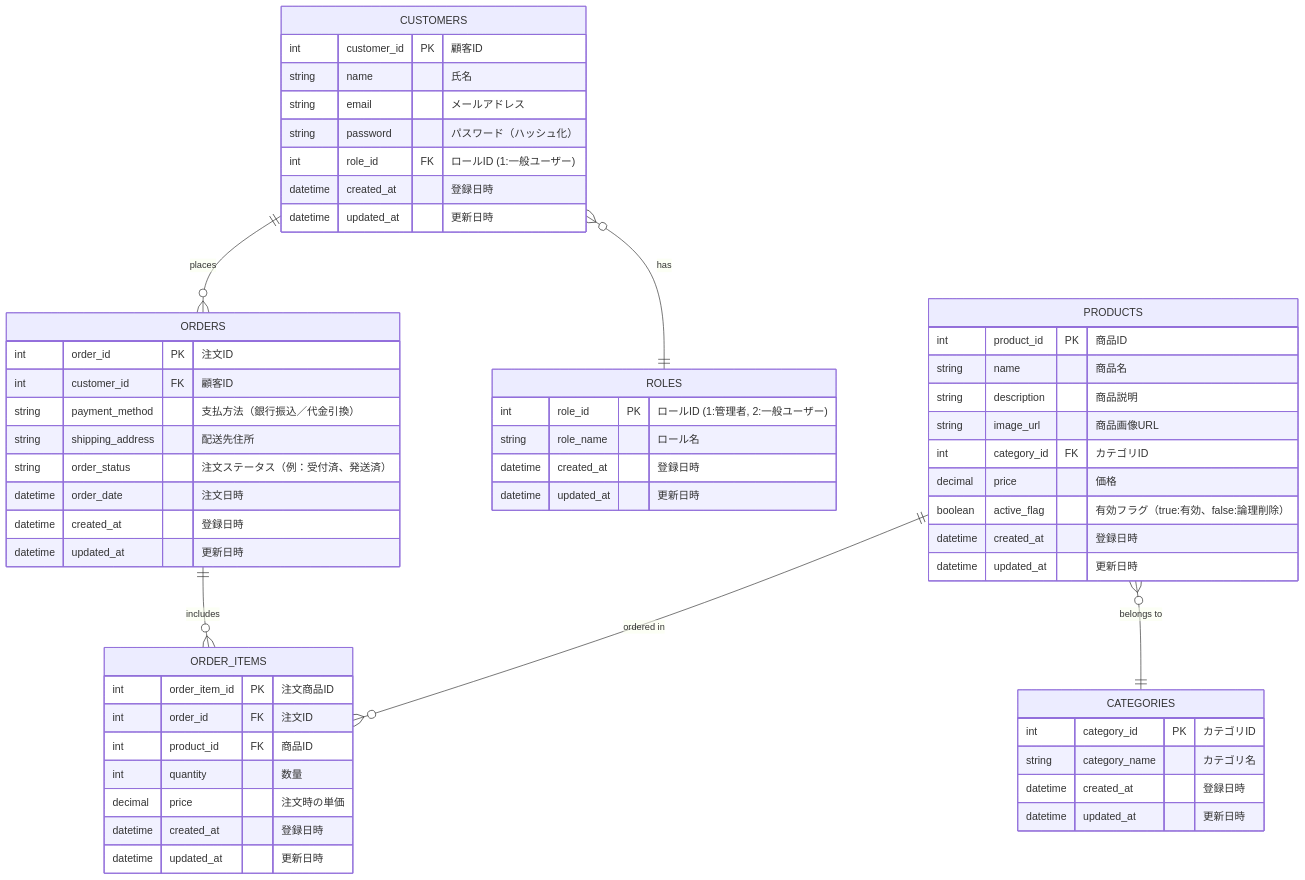
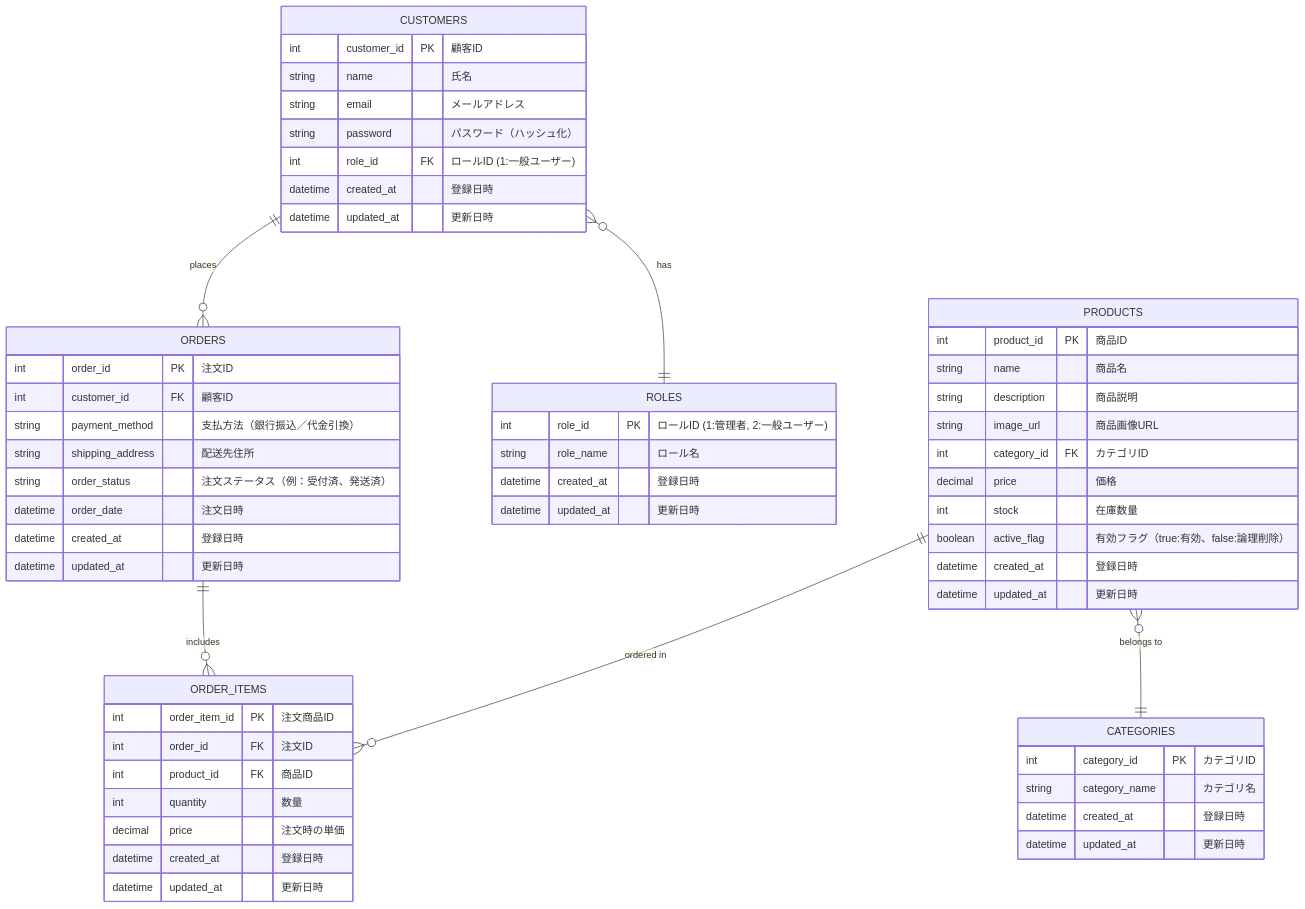
One commit to Rikumt12/Popcorn changed the sixth of 6 diagrams in 基本設計書/基本設計書.md. Above: the diagram before and after it, drawn with Mermaid.

Commit message:
山下

````diff
--- a/基本設計書/基本設計書.md
+++ b/基本設計書/基本設計書.md
@@ -375,61 +375,62 @@
 ```mermaid
 
 erDiagram
     CUSTOMERS ||--o{ ORDERS : "places"
     CUSTOMERS }o--|| ROLES : "has"
     PRODUCTS }o--|| CATEGORIES : "belongs to"
     ORDERS ||--o{ ORDER_ITEMS : "includes"
     PRODUCTS ||--o{ ORDER_ITEMS : "ordered in"
 
     CUSTOMERS {
         int customer_id PK "顧客ID"
         string name "氏名"
         string email "メールアドレス"
         string password "パスワード（ハッシュ化）"
         int role_id FK "ロールID (1:一般ユーザー)"
         datetime created_at "登録日時"
         datetime updated_at "更新日時"
     }
     ROLES {
         int role_id PK "ロールID (1:管理者, 2:一般ユーザー)"
         string role_name "ロール名"
         datetime created_at "登録日時"
         datetime updated_at "更新日時"
     }
     PRODUCTS {
         int product_id PK "商品ID"
         string name "商品名"
         string description "商品説明"
         string image_url "商品画像URL"
         int category_id FK "カテゴリID"
         decimal price "価格"
+        int stock "在庫数量"
         boolean active_flag "有効フラグ（true:有効、false:論理削除）"
         datetime created_at "登録日時"
         datetime updated_at "更新日時"
     }
     CATEGORIES {
         int category_id PK "カテゴリID"
         string category_name "カテゴリ名"
         datetime created_at "登録日時"
         datetime updated_at "更新日時"
     }
     ORDERS {
         int order_id PK "注文ID"
         int customer_id FK "顧客ID"
         string payment_method "支払方法（銀行振込／代金引換）"
         string shipping_address "配送先住所"
         string order_status "注文ステータス（例：受付済、発送済）"
         datetime order_date "注文日時"
         datetime created_at "登録日時"
         datetime updated_at "更新日時"
     }
     ORDER_ITEMS {
         int order_item_id PK "注文商品ID"
         int order_id FK "注文ID"
         int product_id FK "商品ID"
         int quantity "数量"
         decimal price "注文時の単価"
         datetime created_at "登録日時"
         datetime updated_at "更新日時"
     }
 ```
````
